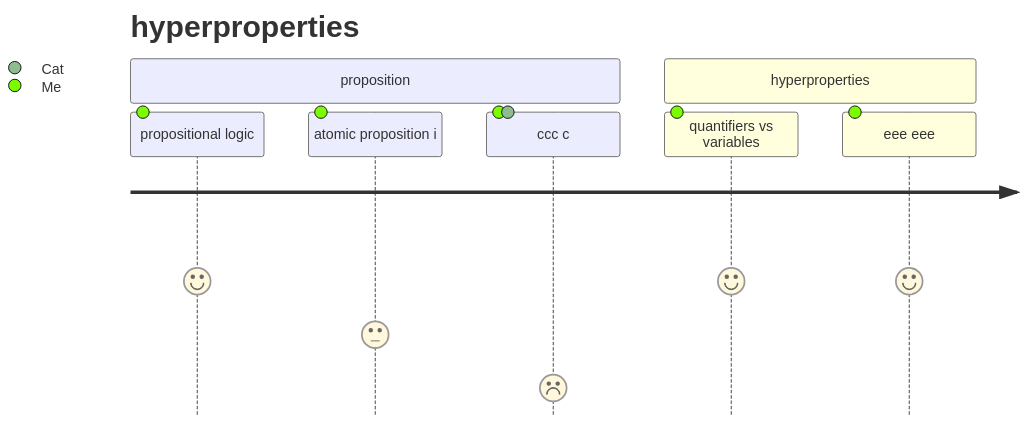
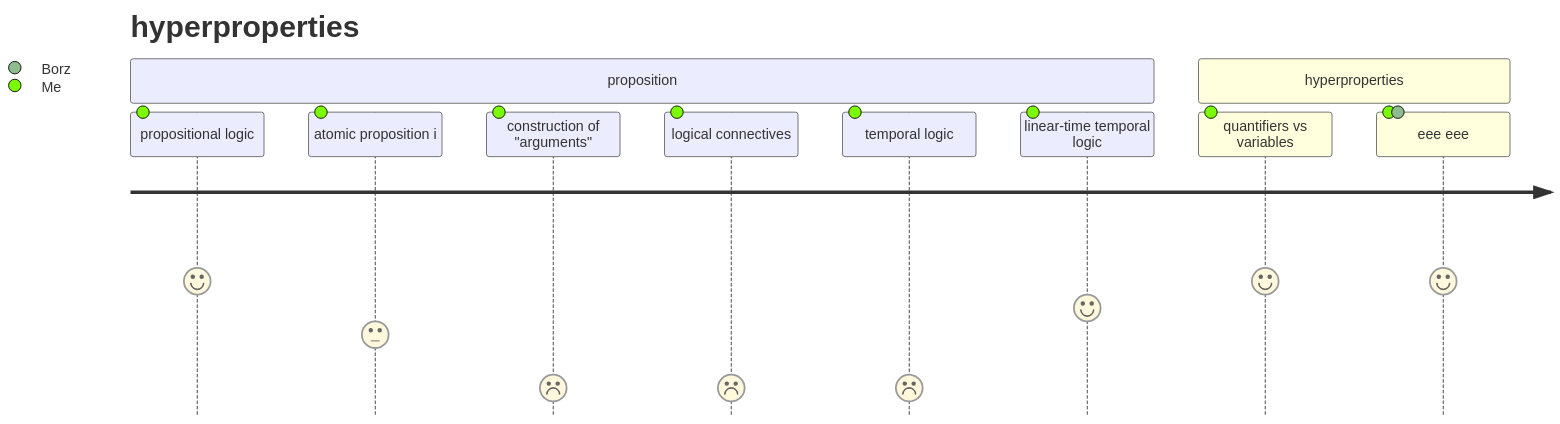
Before and after one commit to sohale/cs-glossaries: the diagram in formal-verification/logic-mathematical.md, drawn with Mermaid.

````diff
--- a/formal-verification/logic-mathematical.md
+++ b/formal-verification/logic-mathematical.md
@@ -36,15 +36,18 @@
 ```mermaid
 journey
     title hyperproperties
         %% now, for that:
     section proposition
       propositional logic: 5: Me
       atomic proposition i: 3: Me
-      ccc c: 1: Me, Cat
+      construction of "arguments": 1: Me
+      logical connectives:  1: Me
+      temporal logic: 1: Me
+      linear-time temporal logic: 4: Me
     section hyperproperties
       quantifiers vs variables: 5: Me
-      eee eee: 5: Me
+      eee eee: 5: Me, Borz
 
 %% titles (Abiove headers) are quesitons (for user, journey: me)
 
 ```
````
